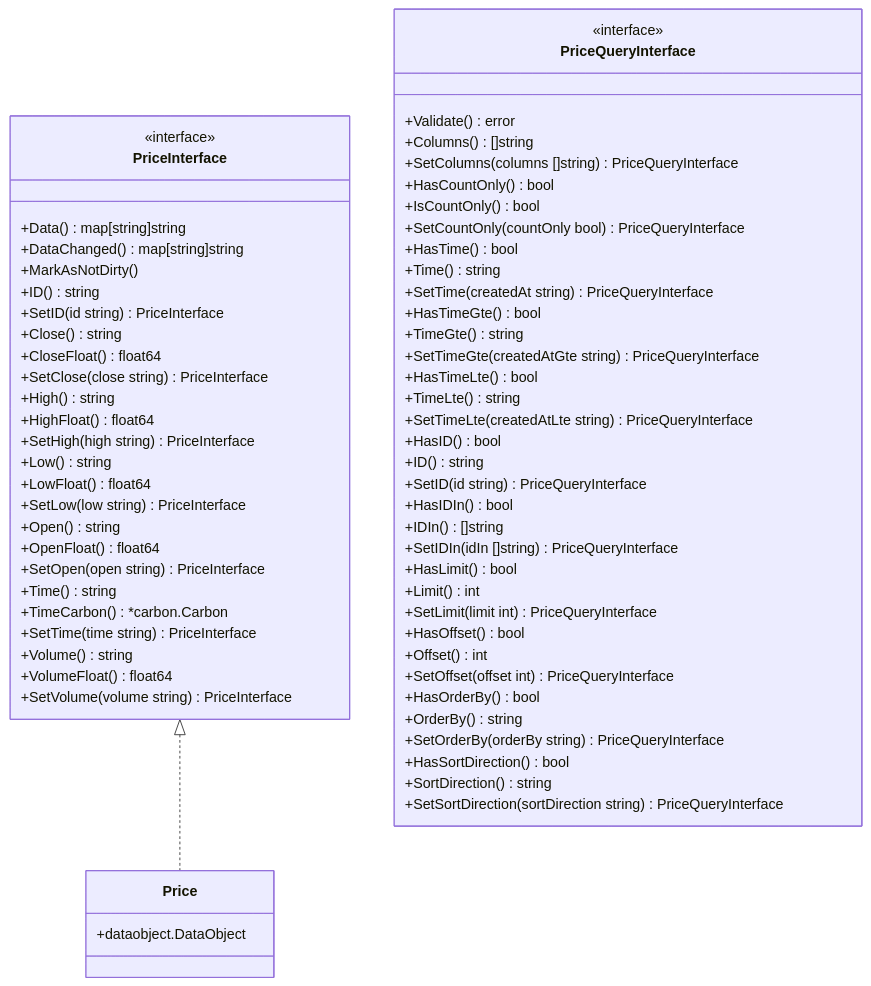
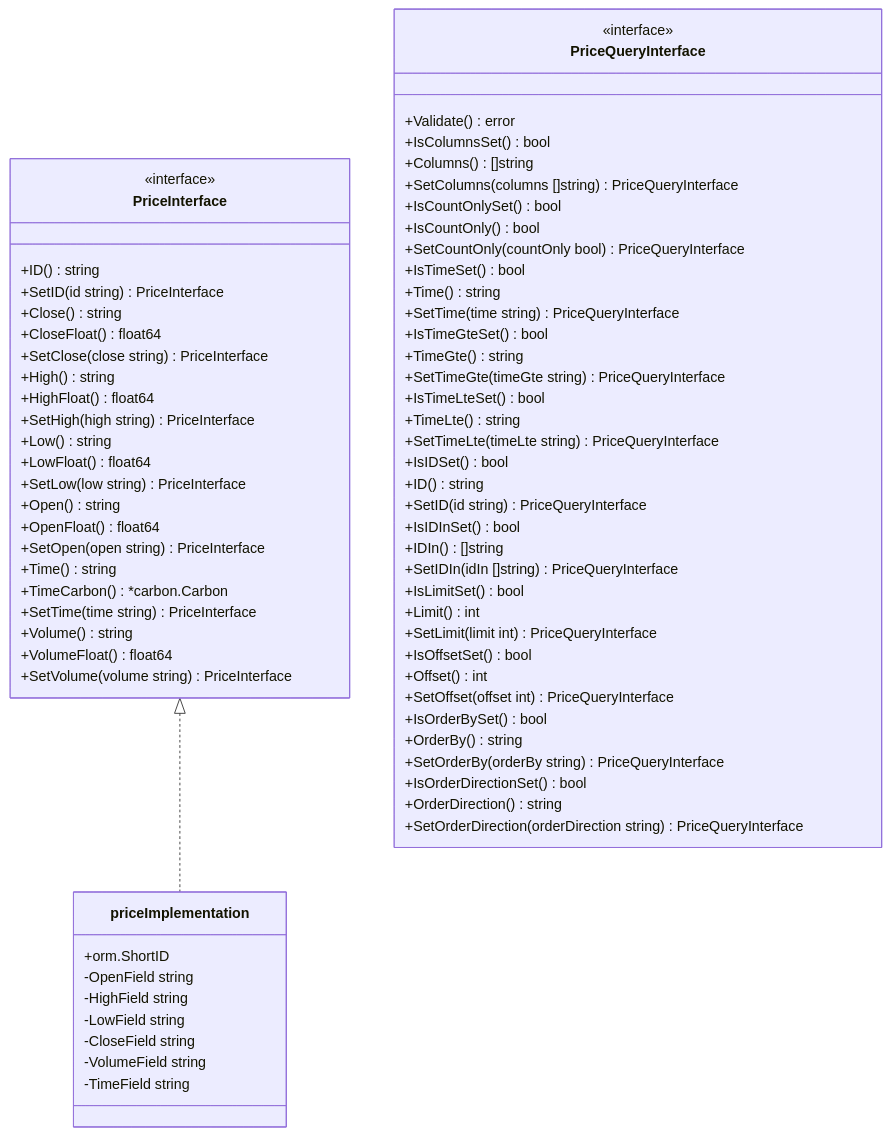
One commit to dracory/tradingstore changed the second of 3 diagrams in README.md. Above: the diagram before and after it, drawn with Mermaid. The commit also changed other lines of this file and 1 other file, not shown here.

First line of the commit message:
Refactor price table creation, add instrumentToMap helper, and update README documentation

````diff
--- a/README.md
+++ b/README.md
@@ -205,72 +198,76 @@
 ```mermaid
 classDiagram
     class PriceInterface {
         <<interface>>
-        +Data() map[string]string
-        +DataChanged() map[string]string
-        +MarkAsNotDirty()
         +ID() string
         +SetID(id string) PriceInterface
         +Close() string
         +CloseFloat() float64
         +SetClose(close string) PriceInterface
         +High() string
         +HighFloat() float64
         +SetHigh(high string) PriceInterface
         +Low() string
         +LowFloat() float64
         +SetLow(low string) PriceInterface
         +Open() string
         +OpenFloat() float64
         +SetOpen(open string) PriceInterface
         +Time() string
         +TimeCarbon() *carbon.Carbon
         +SetTime(time string) PriceInterface
         +Volume() string
         +VolumeFloat() float64
         +SetVolume(volume string) PriceInterface
     }
 
-    class Price {
-        +dataobject.DataObject
+    class priceImplementation {
+        +orm.ShortID
+        -OpenField string
+        -HighField string
+        -LowField string
+        -CloseField string
+        -VolumeField string
+        -TimeField string
     }
 
     class PriceQueryInterface {
         <<interface>>
         +Validate() error
+        +IsColumnsSet() bool
         +Columns() []string
         +SetColumns(columns []string) PriceQueryInterface
-        +HasCountOnly() bool
+        +IsCountOnlySet() bool
         +IsCountOnly() bool
         +SetCountOnly(countOnly bool) PriceQueryInterface
-        +HasTime() bool
+        +IsTimeSet() bool
         +Time() string
-        +SetTime(createdAt string) PriceQueryInterface
-        +HasTimeGte() bool
+        +SetTime(time string) PriceQueryInterface
+        +IsTimeGteSet() bool
         +TimeGte() string
-        +SetTimeGte(createdAtGte string) PriceQueryInterface
-        +HasTimeLte() bool
+        +SetTimeGte(timeGte string) PriceQueryInterface
+        +IsTimeLteSet() bool
         +TimeLte() string
-        +SetTimeLte(createdAtLte string) PriceQueryInterface
-        +HasID() bool
+        +SetTimeLte(timeLte string) PriceQueryInterface
+        +IsIDSet() bool
         +ID() string
         +SetID(id string) PriceQueryInterface
-        +HasIDIn() bool
+        +IsIDInSet() bool
         +IDIn() []string
         +SetIDIn(idIn []string) PriceQueryInterface
-        +HasLimit() bool
+        +IsLimitSet() bool
         +Limit() int
         +SetLimit(limit int) PriceQueryInterface
-        +HasOffset() bool
+        +IsOffsetSet() bool
         +Offset() int
         +SetOffset(offset int) PriceQueryInterface
-        +HasOrderBy() bool
+        +IsOrderBySet() bool
         +OrderBy() string
         +SetOrderBy(orderBy string) PriceQueryInterface
-        +HasSortDirection() bool
-        +SortDirection() string
-        +SetSortDirection(sortDirection string) PriceQueryInterface
+        +IsOrderDirectionSet() bool
+        +OrderDirection() string
+        +SetOrderDirection(orderDirection string) PriceQueryInterface
     }
 
-    PriceInterface <|.. Price
+    PriceInterface <|.. priceImplementation
 ```
````
